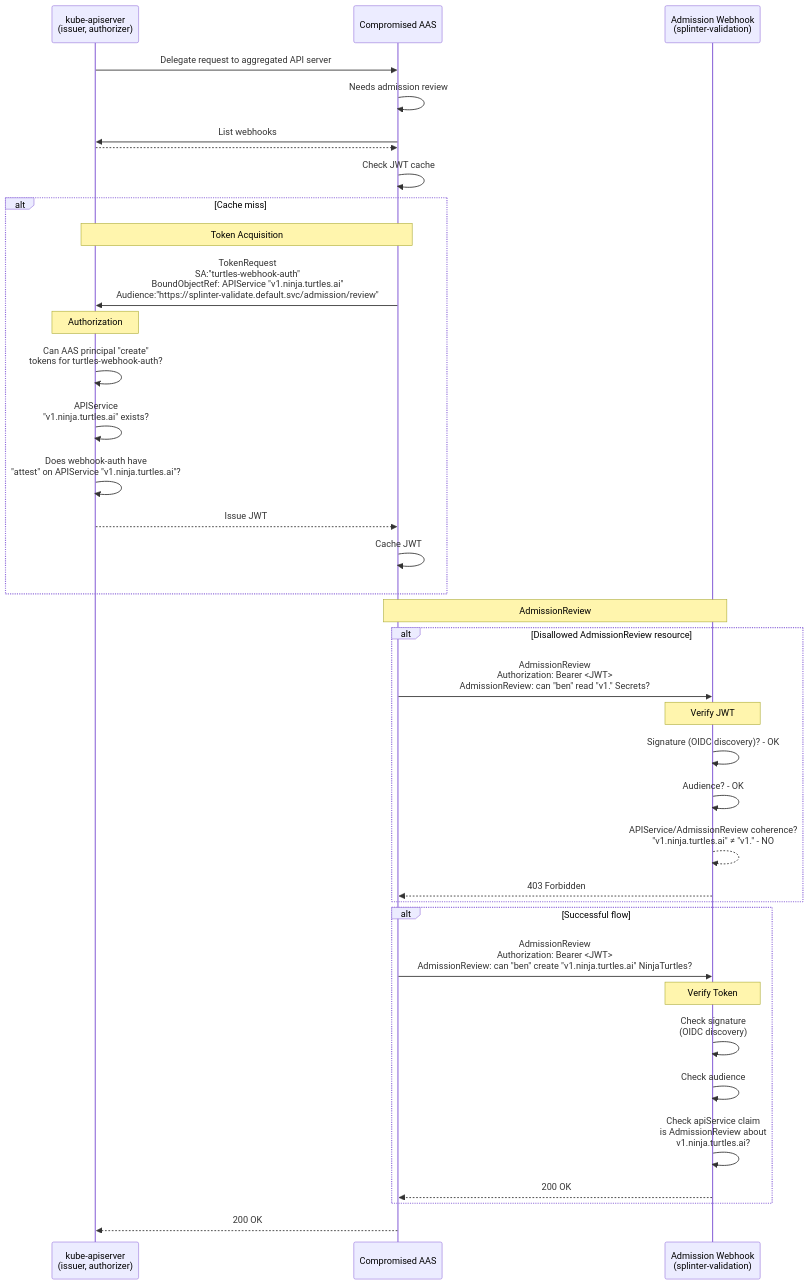
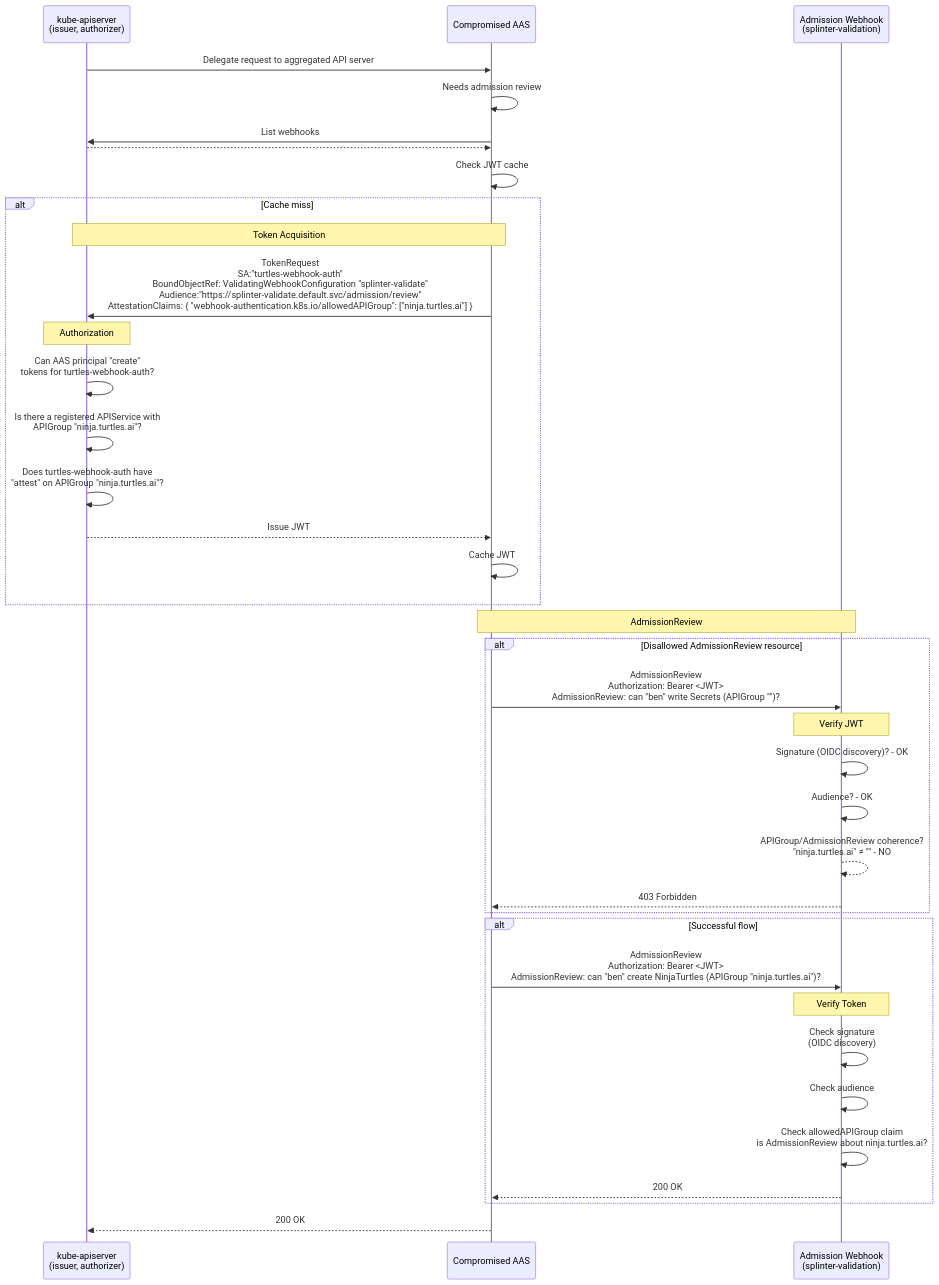
Before and after one commit to kubernetes/enhancements: the third of 3 diagrams in keps/sig-auth/6060-api-server-authentication-to-webhooks/README.md, drawn with Mermaid. The commit also changed other lines of this file and 1 other file, not shown here.

````diff
--- a/keps/sig-auth/6060-api-server-authentication-to-webhooks/README.md
+++ b/keps/sig-auth/6060-api-server-authentication-to-webhooks/README.md
@@ -373,50 +454,50 @@
 ```mermaid
 sequenceDiagram
     participant KAS as kube-apiserver<br/>(issuer, authorizer)
     participant AAS as Compromised AAS
     participant Webhook as Admission Webhook<br/>(splinter-validation)
 
     KAS->>AAS: Delegate request to aggregated API server
     AAS->>AAS: Needs admission review
     AAS->>KAS: List webhooks
     KAS-->>AAS: #%20;
 
     AAS->>AAS: Check JWT cache
     alt Cache miss
         Note over KAS,AAS: Token Acquisition
-        AAS->>KAS: TokenRequest<br/>SA:"turtles-webhook-auth"<br/>BoundObjectRef: APIService "v1.ninja.turtles.ai"<br/>Audience:"https://splinter-validate.default.svc/admission/review"
+        AAS->>KAS: TokenRequest<br/>SA:"turtles-webhook-auth"<br/>BoundObjectRef: ValidatingWebhookConfiguration "splinter-validate"<br/>Audience:"https://splinter-validate.default.svc/admission/review"<br/>AttestationClaims: { "webhook-authentication.k8s.io/allowedAPIGroup": ["ninja.turtles.ai"] }
 
         Note over KAS: Authorization
         KAS->>KAS: Can AAS principal "create"<br/>tokens for turtles-webhook-auth?
-        KAS->>KAS: APIService<br/>"v1.ninja.turtles.ai" exists?
-        KAS->>KAS: Does webhook-auth have<br/>"attest" on APIService "v1.ninja.turtles.ai"?
+        KAS->>KAS: Is there a registered APIService with <br/>APIGroup "ninja.turtles.ai"?
+        KAS->>KAS: Does turtles-webhook-auth have<br/>"attest" on APIGroup "ninja.turtles.ai"?
 
         KAS-->>AAS: Issue JWT
         AAS->>AAS: Cache JWT
     end
 
     Note over AAS,Webhook: AdmissionReview
     alt Disallowed AdmissionReview resource
-        AAS->>Webhook: AdmissionReview<br/>Authorization: Bearer <JWT><br/>AdmissionReview: can "ben" read "v1." Secrets?
+        AAS->>Webhook: AdmissionReview<br/>Authorization: Bearer <JWT><br/>AdmissionReview: can "ben" write Secrets (APIGroup "")?
 
         Note over Webhook: Verify JWT
         Webhook->>Webhook: Signature (OIDC discovery)? - OK
         Webhook->>Webhook: Audience? - OK
-        Webhook-->>Webhook: APIService/AdmissionReview coherence?<br/>"v1.ninja.turtles.ai" ≠ "v1." - NO
+        Webhook-->>Webhook: APIGroup/AdmissionReview coherence?<br/>"ninja.turtles.ai" ≠ "" - NO
 
         Webhook-->>AAS: 403 Forbidden
     end
 
     alt Successful flow
-        AAS->>Webhook: AdmissionReview<br/>Authorization: Bearer <JWT><br/>AdmissionReview: can "ben" create "v1.ninja.turtles.ai" NinjaTurtles?
+        AAS->>Webhook: AdmissionReview<br/>Authorization: Bearer <JWT><br/>AdmissionReview: can "ben" create NinjaTurtles (APIGroup "ninja.turtles.ai")?
 
         Note over Webhook: Verify Token
         Webhook->>Webhook: Check signature<br/>(OIDC discovery)
         Webhook->>Webhook: Check audience
-        Webhook->>Webhook: Check apiService claim<br/>is AdmissionReview about<br/>v1.ninja.turtles.ai?
+        Webhook->>Webhook: Check allowedAPIGroup claim<br/>is AdmissionReview about ninja.turtles.ai?
 
         Webhook-->>AAS: 200 OK
     end
 
     AAS-->>KAS: 200 OK
 ```
````
